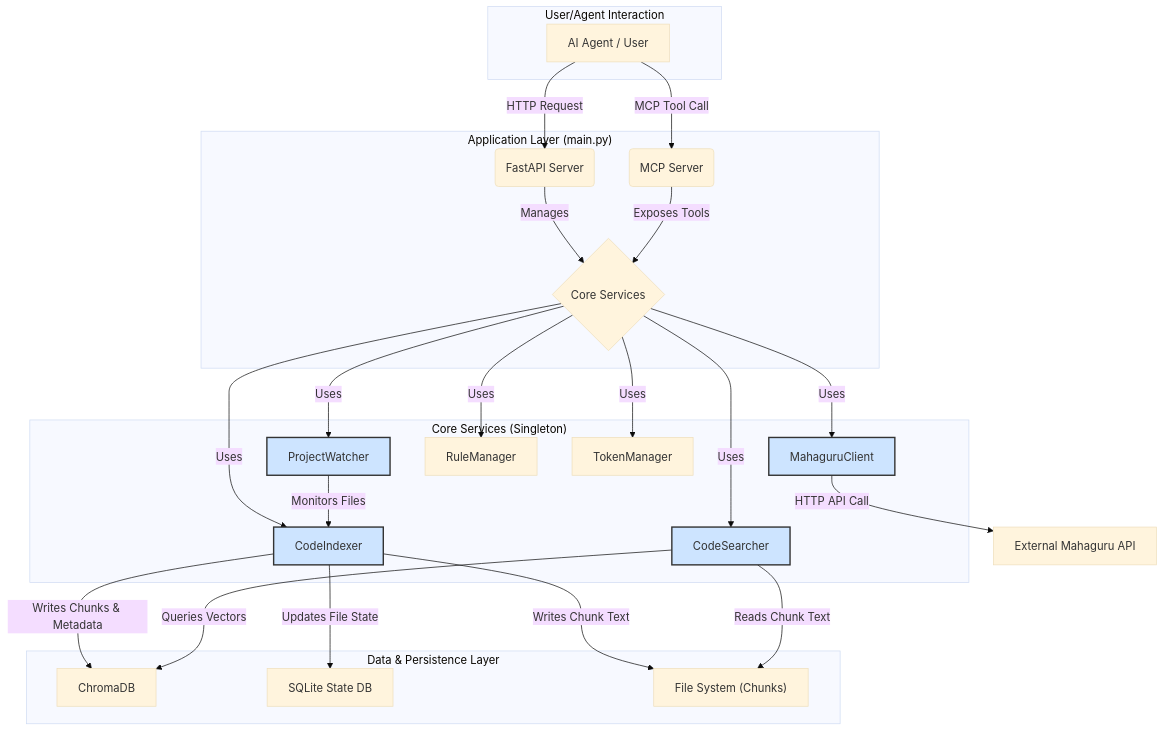
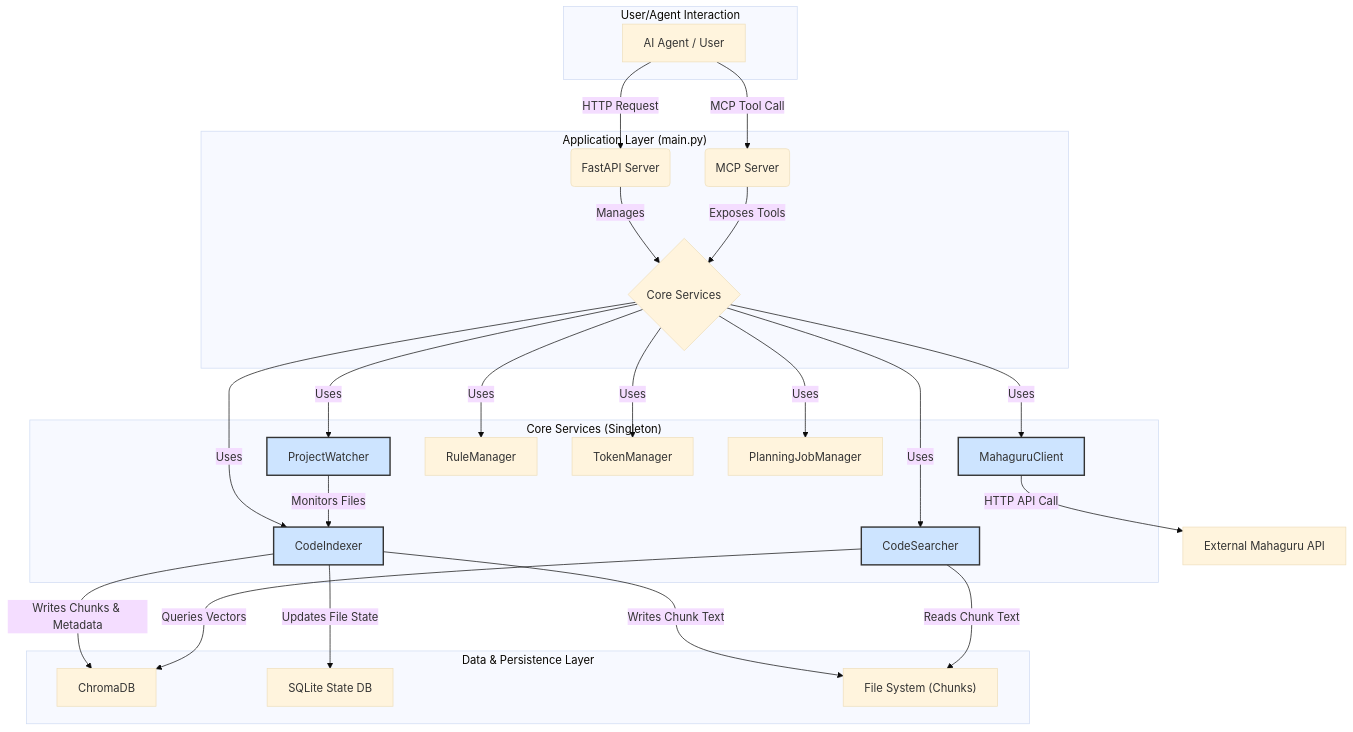
The first of 4 diagrams in docs/architecture.md (juandisay/mcp-code-search), drawn with Mermaid (base theme) before and after one commit. The commit also changed other lines of this file and 18 other files, not shown here.

````diff
--- a/docs/architecture.md
+++ b/docs/architecture.md
@@ -32,45 +34,46 @@
 ```mermaid
 graph TD
     subgraph "User/Agent Interaction"
         A["AI Agent / User"]
     end
 
     subgraph "Application Layer (main.py)"
         B("FastAPI Server") -- "Manages" --> C{"Core Services"}
         D("MCP Server") -- "Exposes Tools" --> C
     end
 
     subgraph "Core Services (Singleton)"
         C -- "Uses" --> E["CodeIndexer"]
         C -- "Uses" --> F["CodeSearcher"]
         C -- "Uses" --> G["ProjectWatcher"]
         C -- "Uses" --> H["MahaguruClient"]
         C -- "Uses" --> I["RuleManager"]
         C -- "Uses" --> J["TokenManager"]
+        C -- "Uses" --> O["PlanningJobManager"]
     end
 
     subgraph "Data & Persistence Layer"
         K["ChromaDB"]
         L["SQLite State DB"]
         M["File System (Chunks)"]
     end
 
     A -- "HTTP Request" --> B
     A -- "MCP Tool Call" --> D
 
     E -- "Writes Chunks & Metadata" --> K
     E -- "Updates File State" --> L
     E -- "Writes Chunk Text" --> M
 
     F -- "Queries Vectors" --> K
     F -- "Reads Chunk Text" --> M
 
     G -- "Monitors Files" --> E
 
     H -- "HTTP API Call" --> N["External Mahaguru API"]
 
     style E fill:#cde4ff,stroke:#333,stroke-width:2px
     style F fill:#cde4ff,stroke:#333,stroke-width:2px
     style G fill:#cde4ff,stroke:#333,stroke-width:2px
     style H fill:#cde4ff,stroke:#333,stroke-width:2px
 ```
````
